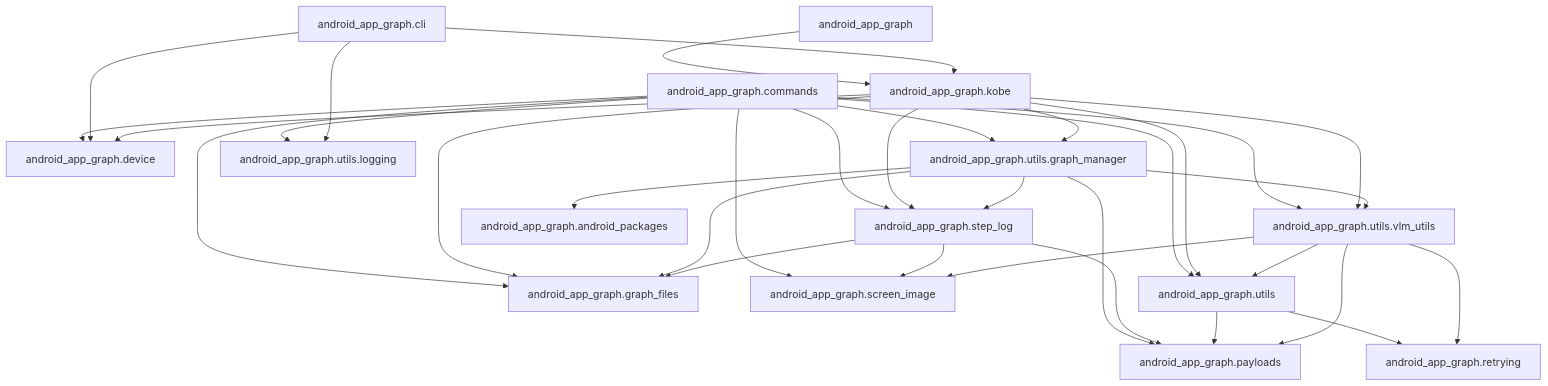
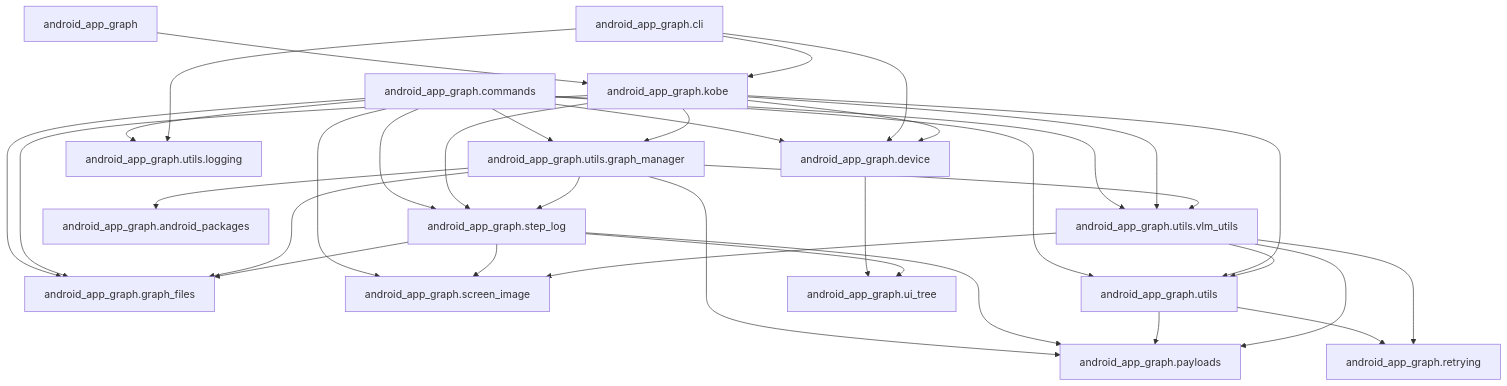
One commit to john-agi/Android-App-Graph changed the diagram in README.md. Above: the diagram before and after it, drawn with Mermaid. The commit also changed other lines of this file, not shown here.

First line of the commit message:
Document the tree in the step log, its record fields and the loading rule

````diff
--- a/README.md
+++ b/README.md
@@ -51,35 +52,37 @@
 ```mermaid
 graph TD;
     pkg["android_app_graph"] --> kobe["android_app_graph.kobe"];
     cmd["android_app_graph.commands"] --> dev["android_app_graph.device"];
     cmd --> gf["android_app_graph.graph_files"];
     cmd --> img["android_app_graph.screen_image"];
     cmd --> steps["android_app_graph.step_log"];
     cmd --> utils["android_app_graph.utils"];
     cmd --> gm["android_app_graph.utils.graph_manager"];
     cmd --> logging["android_app_graph.utils.logging"];
     cmd --> vlm["android_app_graph.utils.vlm_utils"];
     cli["android_app_graph.cli"] --> dev;
     cli --> kobe;
     cli --> logging;
+    dev --> tree["android_app_graph.ui_tree"];
     kobe --> dev;
     kobe --> gf;
     kobe --> steps;
     kobe --> utils;
     kobe --> gm;
     kobe --> vlm;
     gm --> pkgs["android_app_graph.android_packages"];
     gm --> gf;
     gm --> pay["android_app_graph.payloads"];
     gm --> steps;
     gm --> vlm;
     steps --> gf;
     steps --> pay;
     steps --> img;
+    steps --> tree;
     utils --> pay;
     utils --> retry["android_app_graph.retrying"];
     vlm --> pay;
     vlm --> retry;
     vlm --> img;
     vlm --> utils;
 ```
````
